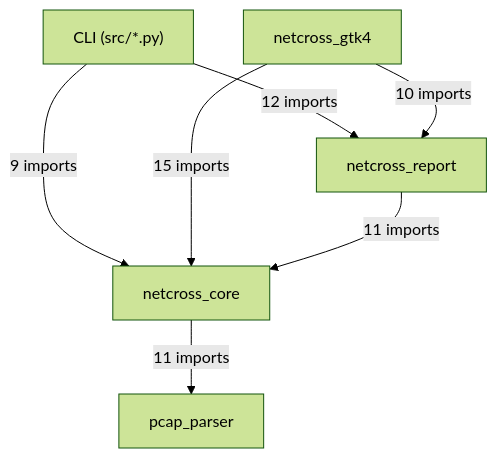
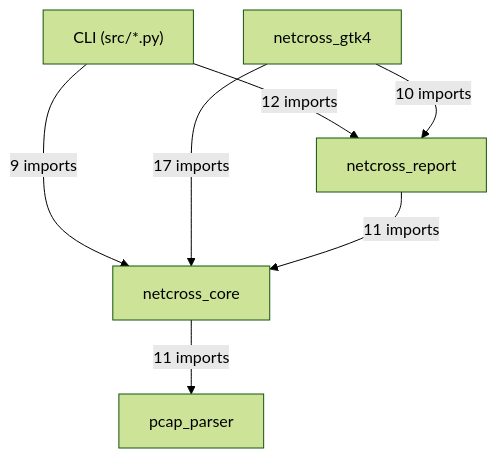
The first of 10 diagrams in docs/class-diagram.md (MathildeDec/Netcross), drawn with Mermaid (forest theme) before and after one commit. The commit also changed other lines of this file and 1 other file, not shown here.

````diff
--- a/docs/class-diagram.md
+++ b/docs/class-diagram.md
@@ -26,14 +26,14 @@
 ```mermaid
 flowchart TD
     CLI["CLI (src/*.py)"]
     netcross_gtk4["netcross_gtk4"]
     netcross_report["netcross_report"]
     netcross_core["netcross_core"]
     pcap_parser["pcap_parser"]
     CLI -->|"12 imports"| netcross_report
     CLI -->|"9 imports"| netcross_core
     netcross_gtk4 -->|"10 imports"| netcross_report
-    netcross_gtk4 -->|"15 imports"| netcross_core
+    netcross_gtk4 -->|"17 imports"| netcross_core
     netcross_report -->|"11 imports"| netcross_core
     netcross_core -->|"11 imports"| pcap_parser
 ```
````
